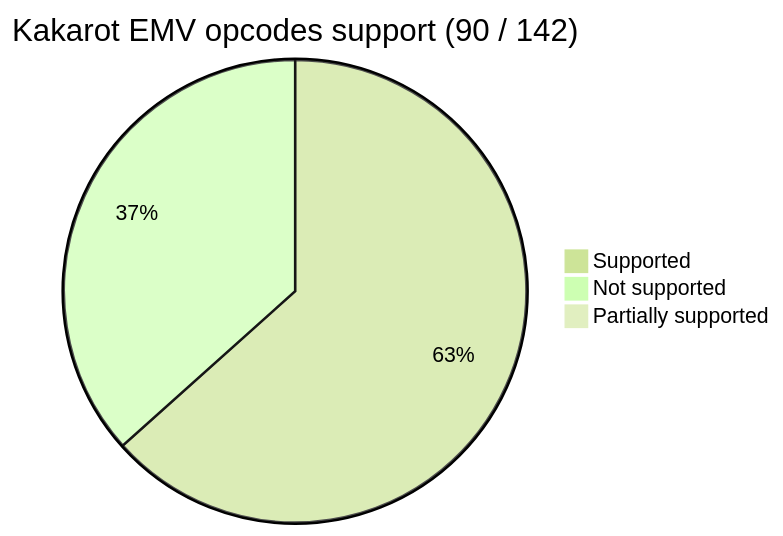
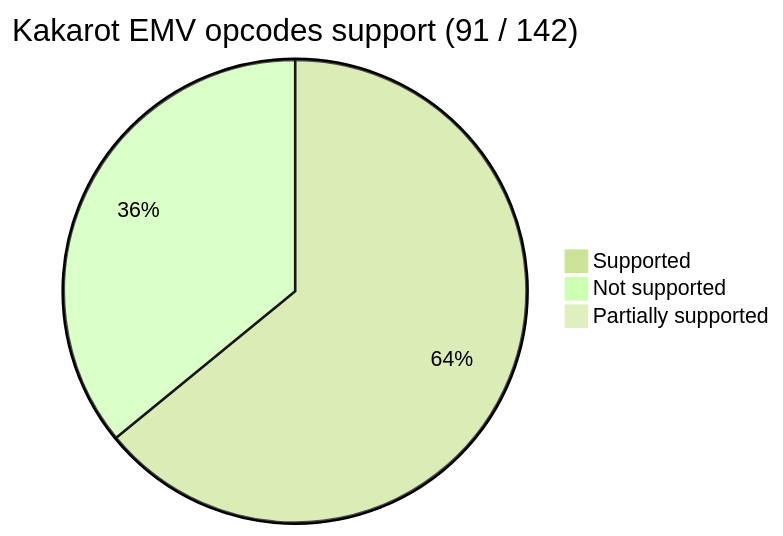
One commit to kkrt-labs/kakarot changed the first of 2 diagrams in README.md. Above: the diagram before and after it, drawn with Mermaid. The commit also changed 5 other files, not shown here.

````diff
--- a/README.md
+++ b/README.md
@@ -40,7 +40,8 @@
 ```mermaid
 %%{init: {'theme': 'forest', 'themeVariables': { 'darkMode': 'false'}}}%%
-pie title Kakarot EMV opcodes support (90 / 142)
-    "Supported" : 90
-    "Not supported" : 52
+pie title Kakarot EMV opcodes support (91 / 142)
+    "Supported" : 91
+    "Not supported" : 51
+
     "Partially supported" : 0
 ```
````
